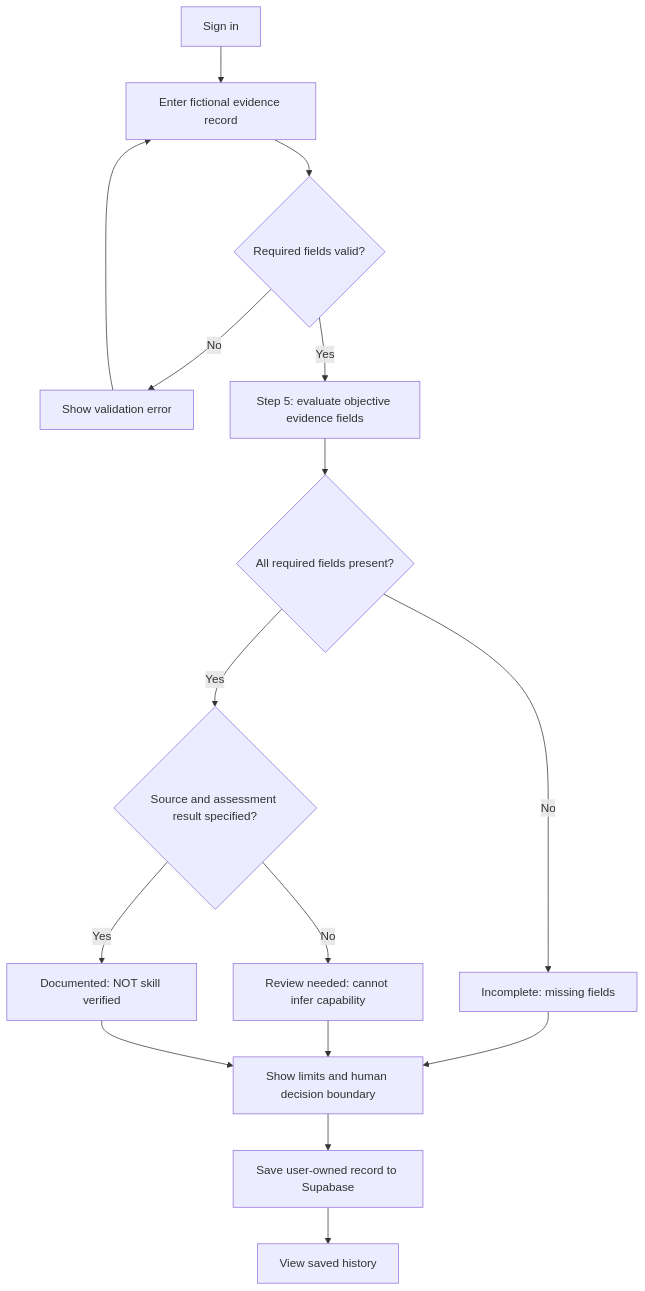
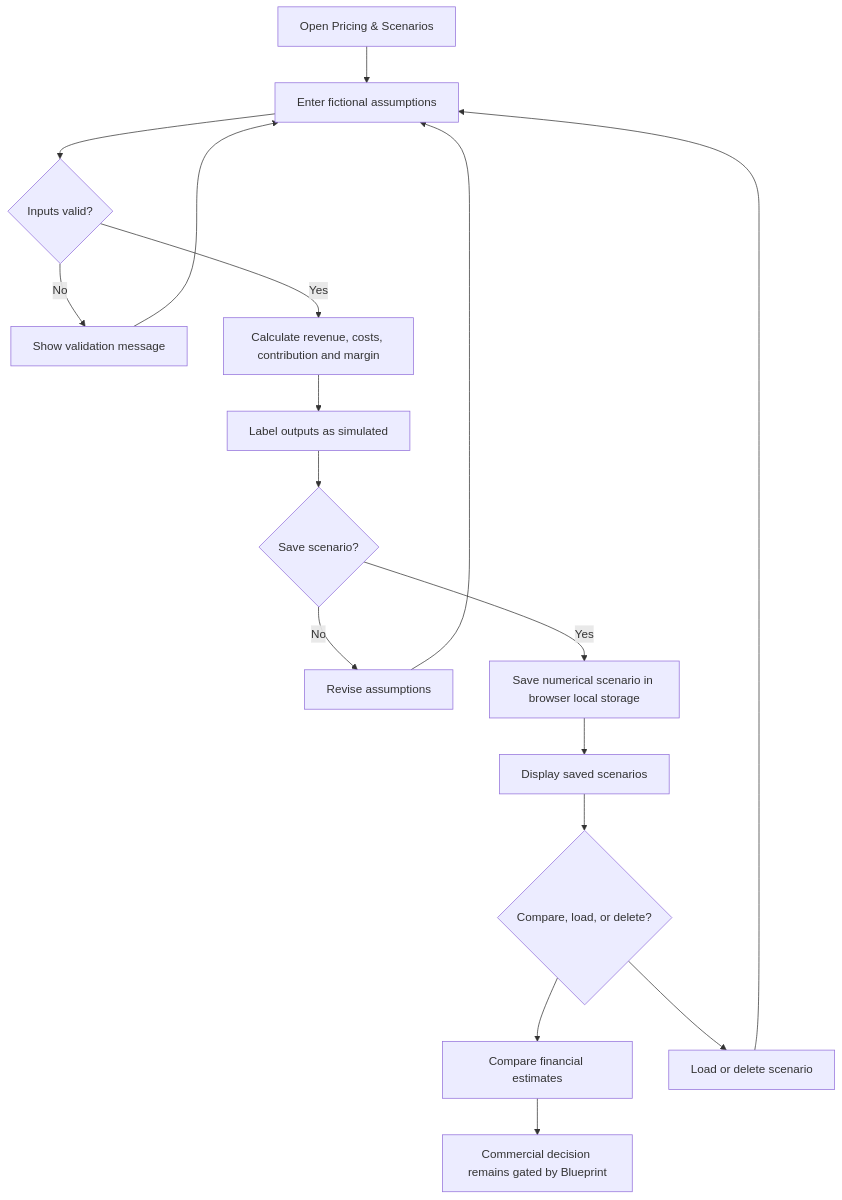
One commit to ssofiabuildss/first-proof-week12 changed the first of 4 diagrams in docs/PACKET.md. Above: the diagram before and after it, drawn with Mermaid. The commit also changed other lines of this file and 1 other file, not shown here.

Commit message:
docs: add corrected Week 14 packet and pricing mockup

````diff
--- a/docs/PACKET.md
+++ b/docs/PACKET.md
@@ -14,18 +46,19 @@
 ```mermaid
 flowchart TD
-  A[Sign in] --> B[Enter fictional evidence record]
-  B --> C{Required fields valid?}
-  C -->|No| D[Show validation error]
-  D --> B
-  C -->|Yes| E[Step 5: evaluate objective evidence fields]
-  E --> F{All required fields present?}
-  F -->|No| G[Incomplete: missing fields]
-  F -->|Yes| H{Source and assessment result specified?}
-  H -->|No| I[Review needed: cannot infer capability]
-  H -->|Yes| J[Documented: NOT skill verified]
-  G --> K[Show limits and human decision boundary]
-  I --> K
-  J --> K
-  K --> L[Save user-owned record to Supabase]
-  L --> M[View saved history]
+ A[Open Pricing & Scenarios] --> B[Enter fictional assumptions]
+ B --> C{Inputs valid?}
+ C -- No --> D[Show validation message]
+ D --> B
+ C -- Yes --> E[Calculate revenue, costs, contribution and margin]
+ E --> F[Label outputs as simulated]
+ F --> G{Save scenario?}
+ G -- No --> H[Revise assumptions]
+ H --> B
+ G -- Yes --> I[Save numerical scenario in browser local storage]
+ I --> J[Display saved scenarios]
+ J --> K{Compare, load, or delete?}
+ K --> L[Compare financial estimates]
+ K --> M[Load or delete scenario]
+ M --> B
+ L --> N[Commercial decision remains gated by Blueprint]
 ```
````
